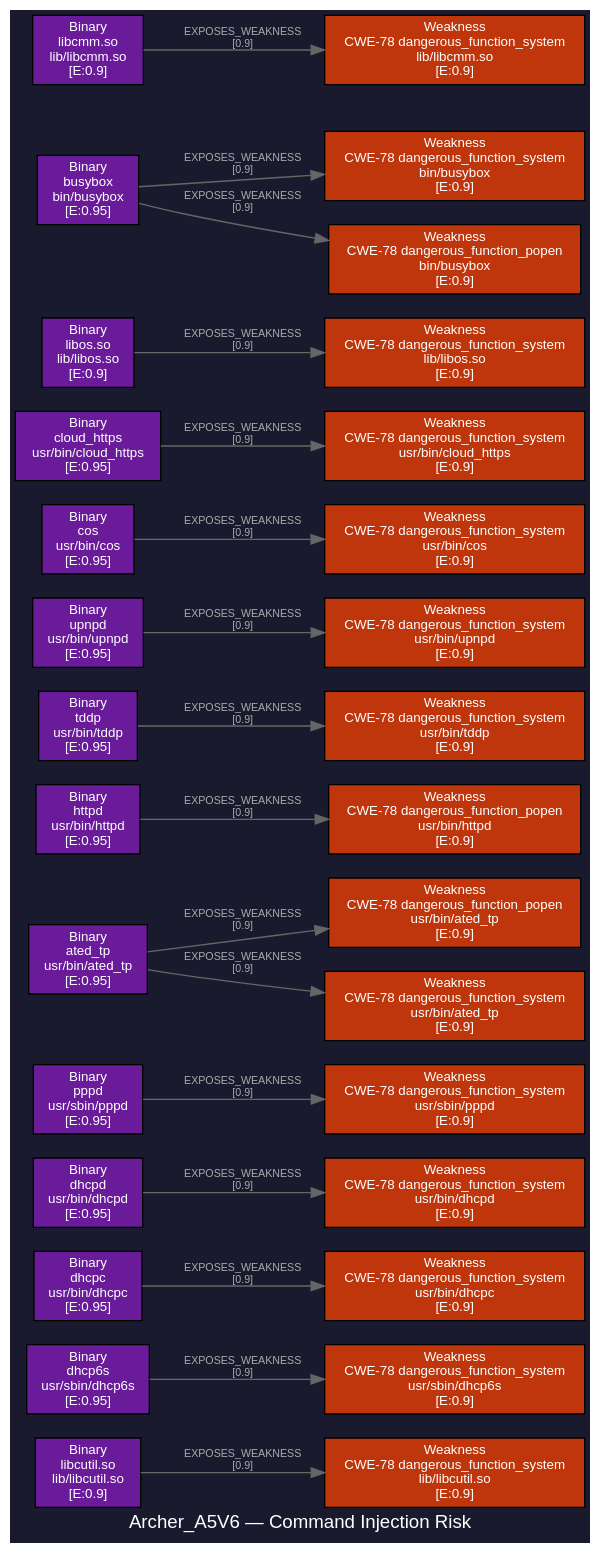
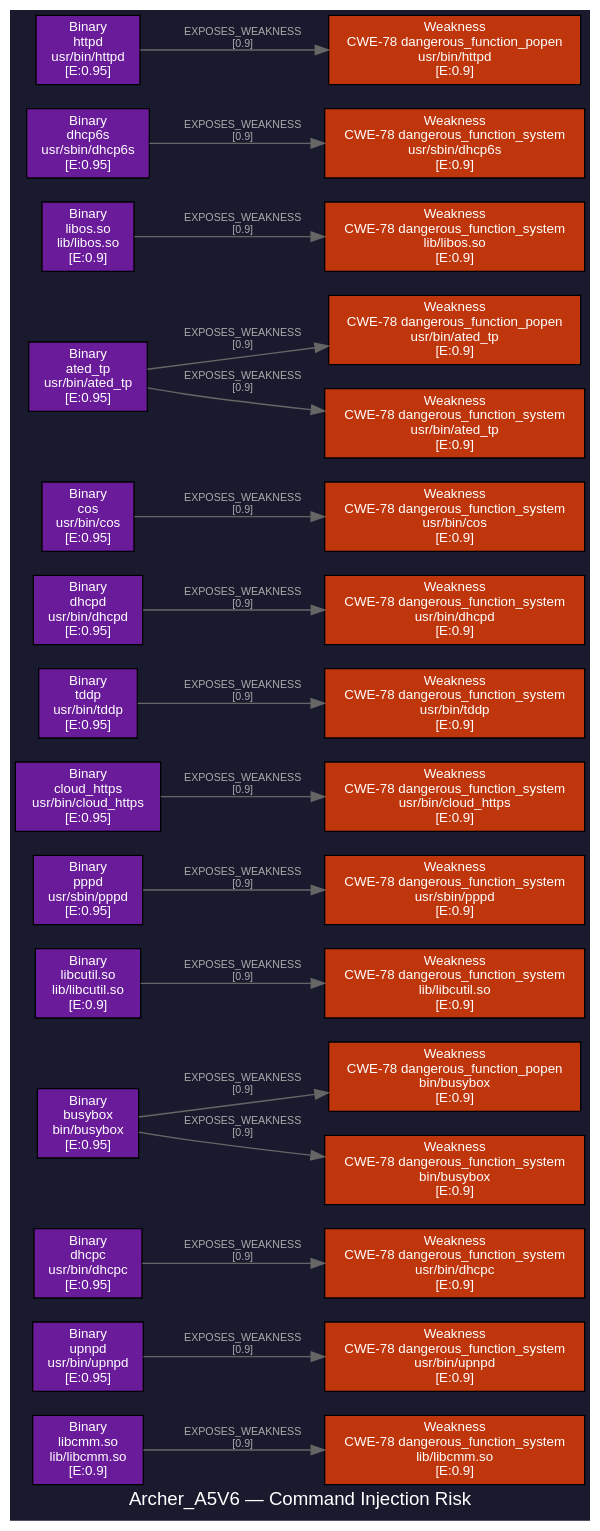
One commit to masjadaan/fw-inspector changed the diagram in analysis/Archer_A5V6/attack_surface/graph_command_injection.dot. Above: the diagram before and after it, drawn with Graphviz. The commit also changed other lines of this file and 16 other files, not shown here.

```diff
--- a/analysis/Archer_A5V6/attack_surface/graph_command_injection.dot
+++ b/analysis/Archer_A5V6/attack_surface/graph_command_injection.dot
@@ -1,84 +1,84 @@
 digraph AttackSurface {
   label="Archer_A5V6 — Command Injection Risk";
   graph [rankdir=LR fontname="Helvetica" bgcolor="#1a1a2e" labelfontcolor=white fontcolor=white];
   node [style=filled fontname="Helvetica" fontsize=10 fontcolor=white shape=box];
   edge [fontname="Helvetica" fontsize=8 fontcolor="#aaaaaa" color="#666666"];
 
-  "8ef621eb-fb2c-58e5-b3c3-c7094104aa47" [label="Binary\nlibcutil.so
-lib/libcutil.so\n[E:0.9]" fillcolor="#6a1b9a"];
-  "4d15d81b-0c9c-5b9a-b392-74ae51eadec9" [label="Binary\ndhcp6s
-usr/sbin/dhcp6s\n[E:0.95]" fillcolor="#6a1b9a"];
-  "95df3199-b3ad-55e1-9f46-15f3e74a7188" [label="Binary\ndhcpc
-usr/bin/dhcpc\n[E:0.95]" fillcolor="#6a1b9a"];
-  "d5a951f8-3791-5952-af13-363619a8b4da" [label="Weakness\nCWE-78 dangerous_function_system
-usr/bin/dhcpd\n[E:0.9]" fillcolor="#bf360c"];
-  "52002ad8-bb5c-5b98-93dd-6ffc388e17e1" [label="Binary\npppd
-usr/sbin/pppd\n[E:0.95]" fillcolor="#6a1b9a"];
-  "95a7f4ae-78bf-5bbe-a3d5-2a1f73e29715" [label="Binary\nated_tp
-usr/bin/ated_tp\n[E:0.95]" fillcolor="#6a1b9a"];
-  "eb3d10d8-9712-5716-af22-a57f3fb4b815" [label="Weakness\nCWE-78 dangerous_function_popen
-usr/bin/httpd\n[E:0.9]" fillcolor="#bf360c"];
-  "eed87768-cea3-5e09-a6dc-d88882b3ae8f" [label="Binary\ntddp
-usr/bin/tddp\n[E:0.95]" fillcolor="#6a1b9a"];
-  "f3f76c3f-8ec0-5a7d-93a5-718c622aaeaa" [label="Binary\nupnpd
-usr/bin/upnpd\n[E:0.95]" fillcolor="#6a1b9a"];
-  "fd674ed4-6442-5d47-b04e-b308eb5212e1" [label="Binary\ncos
-usr/bin/cos\n[E:0.95]" fillcolor="#6a1b9a"];
+  "39cb52ec-1ea7-502d-a118-f5d3e4fed2ec" [label="Weakness\nCWE-78 dangerous_function_system
+lib/libcmm.so\n[E:0.9]" fillcolor="#bf360c"];
+  "ec38f6ab-4d67-55e7-b0f0-59d3eff57db4" [label="Weakness\nCWE-78 dangerous_function_system
+usr/bin/upnpd\n[E:0.9]" fillcolor="#bf360c"];
+  "b71baef7-e07e-5985-9a00-87f8f94fc8a8" [label="Weakness\nCWE-78 dangerous_function_system
+usr/bin/dhcpc\n[E:0.9]" fillcolor="#bf360c"];
+  "b68347b6-858a-5267-a6e5-491c2c706d5b" [label="Weakness\nCWE-78 dangerous_function_popen
+bin/busybox\n[E:0.9]" fillcolor="#bf360c"];
+  "f401bcbe-1310-53e2-8615-9940c1012e15" [label="Weakness\nCWE-78 dangerous_function_system
+lib/libcutil.so\n[E:0.9]" fillcolor="#bf360c"];
+  "8ae7c117-84ff-5b9f-9f6a-f20bd510343f" [label="Weakness\nCWE-78 dangerous_function_system
+usr/sbin/pppd\n[E:0.9]" fillcolor="#bf360c"];
   "6952c9ae-58eb-5f21-8c69-d80127aafa00" [label="Weakness\nCWE-78 dangerous_function_system
 usr/bin/cloud_https\n[E:0.9]" fillcolor="#bf360c"];
   "a66bd671-7708-50d2-b6f3-524de4a36c8f" [label="Weakness\nCWE-78 dangerous_function_system
 usr/bin/tddp\n[E:0.9]" fillcolor="#bf360c"];
+  "d5a951f8-3791-5952-af13-363619a8b4da" [label="Weakness\nCWE-78 dangerous_function_system
+usr/bin/dhcpd\n[E:0.9]" fillcolor="#bf360c"];
+  "980e38b5-752a-5a79-bf39-dc0cf803f8d5" [label="Weakness\nCWE-78 dangerous_function_system
+bin/busybox\n[E:0.9]" fillcolor="#bf360c"];
+  "fd674ed4-6442-5d47-b04e-b308eb5212e1" [label="Binary\ncos
+usr/bin/cos\n[E:0.95]" fillcolor="#6a1b9a"];
+  "95a7f4ae-78bf-5bbe-a3d5-2a1f73e29715" [label="Binary\nated_tp
+usr/bin/ated_tp\n[E:0.95]" fillcolor="#6a1b9a"];
+  "52002ad8-bb5c-5b98-93dd-6ffc388e17e1" [label="Binary\npppd
+usr/sbin/pppd\n[E:0.95]" fillcolor="#6a1b9a"];
+  "f3f76c3f-8ec0-5a7d-93a5-718c622aaeaa" [label="Binary\nupnpd
+usr/bin/upnpd\n[E:0.95]" fillcolor="#6a1b9a"];
+  "08f313dc-c734-5b34-802b-4a44bdd89a2a" [label="Weakness\nCWE-78 dangerous_function_system
+lib/libos.so\n[E:0.9]" fillcolor="#bf360c"];
+  "b7bd25e2-15b2-5a4d-b8d1-b78162f25e65" [label="Weakness\nCWE-78 dangerous_function_system
+usr/sbin/dhcp6s\n[E:0.9]" fillcolor="#bf360c"];
   "658a9789-ed3c-55e4-b203-3b66f48654cc" [label="Weakness\nCWE-78 dangerous_function_popen
 usr/bin/ated_tp\n[E:0.9]" fillcolor="#bf360c"];
+  "4d15d81b-0c9c-5b9a-b392-74ae51eadec9" [label="Binary\ndhcp6s
+usr/sbin/dhcp6s\n[E:0.95]" fillcolor="#6a1b9a"];
+  "f4411e02-c26d-5fa4-a3a4-7f5262770cc6" [label="Binary\ncloud_https
+usr/bin/cloud_https\n[E:0.95]" fillcolor="#6a1b9a"];
+  "8ef621eb-fb2c-58e5-b3c3-c7094104aa47" [label="Binary\nlibcutil.so
+lib/libcutil.so\n[E:0.9]" fillcolor="#6a1b9a"];
   "8b994070-36f2-5fa4-a1ee-5d8460bab50d" [label="Weakness\nCWE-78 dangerous_function_system
 usr/bin/ated_tp\n[E:0.9]" fillcolor="#bf360c"];
+  "eb3d10d8-9712-5716-af22-a57f3fb4b815" [label="Weakness\nCWE-78 dangerous_function_popen
+usr/bin/httpd\n[E:0.9]" fillcolor="#bf360c"];
+  "1803129a-5eed-55a0-a413-d23bccc6bea2" [label="Weakness\nCWE-78 dangerous_function_system
+usr/bin/cos\n[E:0.9]" fillcolor="#bf360c"];
+  "116cfb7e-a6ff-5960-a21d-7ccb5a7b6f9c" [label="Binary\ndhcpd
+usr/bin/dhcpd\n[E:0.95]" fillcolor="#6a1b9a"];
+  "4dc53652-b6dd-5e04-b729-606881df03b8" [label="Binary\nhttpd
+usr/bin/httpd\n[E:0.95]" fillcolor="#6a1b9a"];
   "353f2723-5281-5bc2-b978-44590438eff4" [label="Binary\nlibos.so
 lib/libos.so\n[E:0.9]" fillcolor="#6a1b9a"];
-  "980e38b5-752a-5a79-bf39-dc0cf803f8d5" [label="Weakness\nCWE-78 dangerous_function_system
-bin/busybox\n[E:0.9]" fillcolor="#bf360c"];
-  "08f313dc-c734-5b34-802b-4a44bdd89a2a" [label="Weakness\nCWE-78 dangerous_function_system
-lib/libos.so\n[E:0.9]" fillcolor="#bf360c"];
-  "1803129a-5eed-55a0-a413-d23bccc6bea2" [label="Weakness\nCWE-78 dangerous_function_system
-usr/bin/cos\n[E:0.9]" fillcolor="#bf360c"];
-  "4dc53652-b6dd-5e04-b729-606881df03b8" [label="Binary\nhttpd
-usr/bin/httpd\n[E:0.95]" fillcolor="#6a1b9a"];
+  "95df3199-b3ad-55e1-9f46-15f3e74a7188" [label="Binary\ndhcpc
+usr/bin/dhcpc\n[E:0.95]" fillcolor="#6a1b9a"];
+  "b3a361ef-f008-5363-a2ca-df147e388d50" [label="Binary\nlibcmm.so
+lib/libcmm.so\n[E:0.9]" fillcolor="#6a1b9a"];
+  "eed87768-cea3-5e09-a6dc-d88882b3ae8f" [label="Binary\ntddp
+usr/bin/tddp\n[E:0.95]" fillcolor="#6a1b9a"];
   "6debcc39-594f-52f0-b414-6419a448ec7d" [label="Binary\nbusybox
 bin/busybox\n[E:0.95]" fillcolor="#6a1b9a"];
-  "f4411e02-c26d-5fa4-a3a4-7f5262770cc6" [label="Binary\ncloud_https
-usr/bin/cloud_https\n[E:0.95]" fillcolor="#6a1b9a"];
-  "116cfb7e-a6ff-5960-a21d-7ccb5a7b6f9c" [label="Binary\ndhcpd
-usr/bin/dhcpd\n[E:0.95]" fillcolor="#6a1b9a"];
-  "f401bcbe-1310-53e2-8615-9940c1012e15" [label="Weakness\nCWE-78 dangerous_function_system
-lib/libcutil.so\n[E:0.9]" fillcolor="#bf360c"];
-  "b71baef7-e07e-5985-9a00-87f8f94fc8a8" [label="Weakness\nCWE-78 dangerous_function_system
-usr/bin/dhcpc\n[E:0.9]" fillcolor="#bf360c"];
-  "ec38f6ab-4d67-55e7-b0f0-59d3eff57db4" [label="Weakness\nCWE-78 dangerous_function_system
-usr/bin/upnpd\n[E:0.9]" fillcolor="#bf360c"];
-  "b68347b6-858a-5267-a6e5-491c2c706d5b" [label="Weakness\nCWE-78 dangerous_function_popen
-bin/busybox\n[E:0.9]" fillcolor="#bf360c"];
-  "8ae7c117-84ff-5b9f-9f6a-f20bd510343f" [label="Weakness\nCWE-78 dangerous_function_system
-usr/sbin/pppd\n[E:0.9]" fillcolor="#bf360c"];
-  "b7bd25e2-15b2-5a4d-b8d1-b78162f25e65" [label="Weakness\nCWE-78 dangerous_function_system
-usr/sbin/dhcp6s\n[E:0.9]" fillcolor="#bf360c"];
-  "39cb52ec-1ea7-502d-a118-f5d3e4fed2ec" [label="Weakness\nCWE-78 dangerous_function_system
-lib/libcmm.so\n[E:0.9]" fillcolor="#bf360c"];
-  "b3a361ef-f008-5363-a2ca-df147e388d50" [label="Binary\nlibcmm.so
-lib/libcmm.so\n[E:0.9]" fillcolor="#6a1b9a"];
 
   "6debcc39-594f-52f0-b414-6419a448ec7d" -> "b68347b6-858a-5267-a6e5-491c2c706d5b" [label="EXPOSES_WEAKNESS\n[0.9]" style=solid];
   "6debcc39-594f-52f0-b414-6419a448ec7d" -> "980e38b5-752a-5a79-bf39-dc0cf803f8d5" [label="EXPOSES_WEAKNESS\n[0.9]" style=solid];
   "b3a361ef-f008-5363-a2ca-df147e388d50" -> "39cb52ec-1ea7-502d-a118-f5d3e4fed2ec" [label="EXPOSES_WEAKNESS\n[0.9]" style=solid];
   "8ef621eb-fb2c-58e5-b3c3-c7094104aa47" -> "f401bcbe-1310-53e2-8615-9940c1012e15" [label="EXPOSES_WEAKNESS\n[0.9]" style=solid];
   "353f2723-5281-5bc2-b978-44590438eff4" -> "08f313dc-c734-5b34-802b-4a44bdd89a2a" [label="EXPOSES_WEAKNESS\n[0.9]" style=solid];
   "95a7f4ae-78bf-5bbe-a3d5-2a1f73e29715" -> "658a9789-ed3c-55e4-b203-3b66f48654cc" [label="EXPOSES_WEAKNESS\n[0.9]" style=solid];
   "95a7f4ae-78bf-5bbe-a3d5-2a1f73e29715" -> "8b994070-36f2-5fa4-a1ee-5d8460bab50d" [label="EXPOSES_WEAKNESS\n[0.9]" style=solid];
   "f4411e02-c26d-5fa4-a3a4-7f5262770cc6" -> "6952c9ae-58eb-5f21-8c69-d80127aafa00" [label="EXPOSES_WEAKNESS\n[0.9]" style=solid];
   "fd674ed4-6442-5d47-b04e-b308eb5212e1" -> "1803129a-5eed-55a0-a413-d23bccc6bea2" [label="EXPOSES_WEAKNESS\n[0.9]" style=solid];
   "95df3199-b3ad-55e1-9f46-15f3e74a7188" -> "b71baef7-e07e-5985-9a00-87f8f94fc8a8" [label="EXPOSES_WEAKNESS\n[0.9]" style=solid];
   "116cfb7e-a6ff-5960-a21d-7ccb5a7b6f9c" -> "d5a951f8-3791-5952-af13-363619a8b4da" [label="EXPOSES_WEAKNESS\n[0.9]" style=solid];
   "4dc53652-b6dd-5e04-b729-606881df03b8" -> "eb3d10d8-9712-5716-af22-a57f3fb4b815" [label="EXPOSES_WEAKNESS\n[0.9]" style=solid];
   "eed87768-cea3-5e09-a6dc-d88882b3ae8f" -> "a66bd671-7708-50d2-b6f3-524de4a36c8f" [label="EXPOSES_WEAKNESS\n[0.9]" style=solid];
   "f3f76c3f-8ec0-5a7d-93a5-718c622aaeaa" -> "ec38f6ab-4d67-55e7-b0f0-59d3eff57db4" [label="EXPOSES_WEAKNESS\n[0.9]" style=solid];
   "4d15d81b-0c9c-5b9a-b392-74ae51eadec9" -> "b7bd25e2-15b2-5a4d-b8d1-b78162f25e65" [label="EXPOSES_WEAKNESS\n[0.9]" style=solid];
   "52002ad8-bb5c-5b98-93dd-6ffc388e17e1" -> "8ae7c117-84ff-5b9f-9f6a-f20bd510343f" [label="EXPOSES_WEAKNESS\n[0.9]" style=solid];
 }
```
